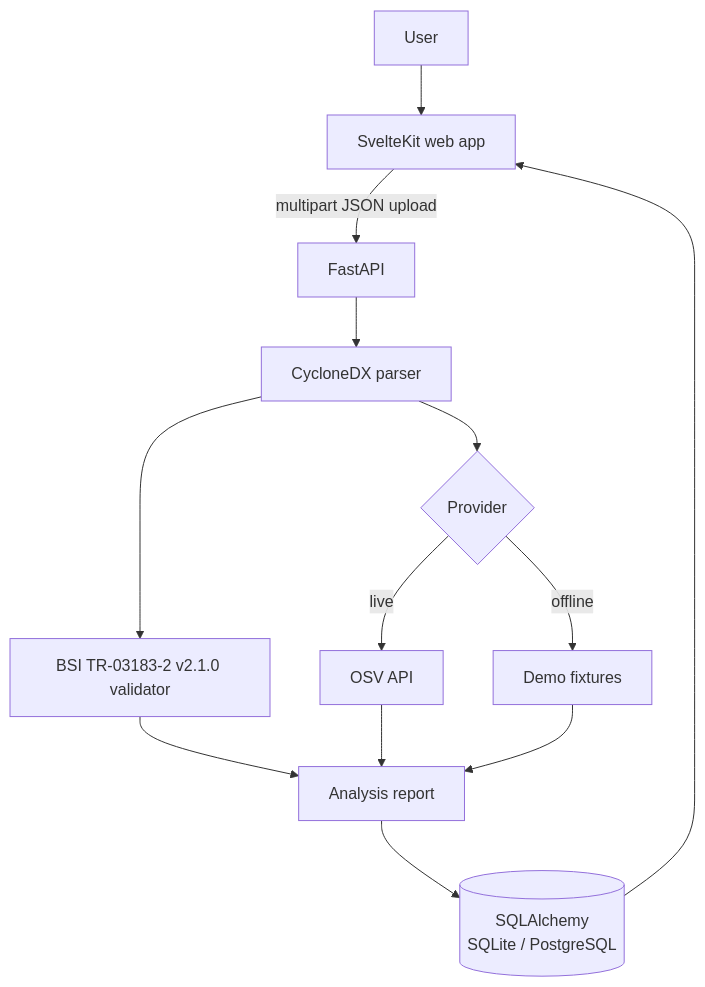
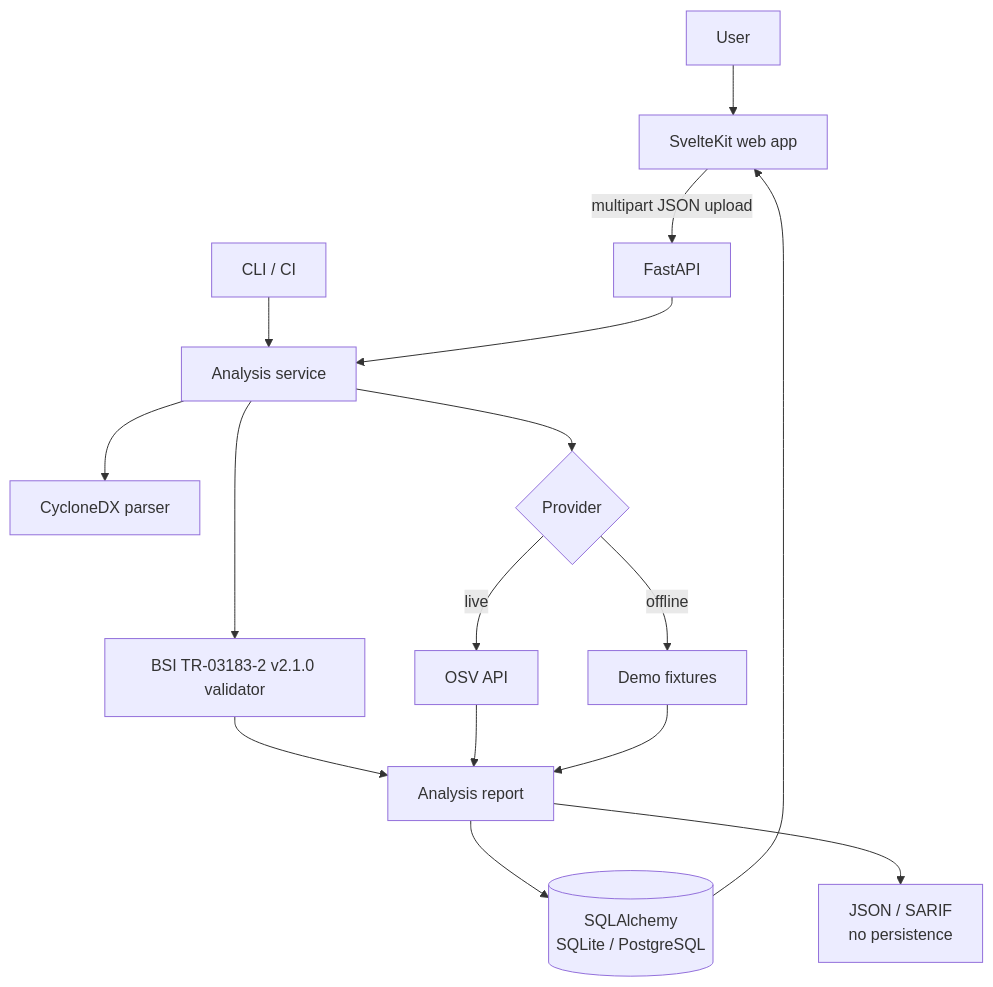
Before and after one commit to AdonisVernaliss/SupplyGuard: the diagram in docs/architecture.md, drawn with Mermaid. The commit also changed other lines of this file and 8 other files, not shown here.

````diff
--- a/docs/architecture.md
+++ b/docs/architecture.md
@@ -5,15 +5,18 @@
 ```mermaid
 flowchart TB
     User["User"] --> Web["SvelteKit web app"]
+    CI["CLI / CI"] --> Service["Analysis service"]
     Web -->|"multipart JSON upload"| API["FastAPI"]
-    API --> Parser["CycloneDX parser"]
-    Parser --> Profile["BSI TR-03183-2 v2.1.0 validator"]
-    Parser --> Provider{"Provider"}
+    API --> Service
+    Service --> Parser["CycloneDX parser"]
+    Service --> Profile["BSI TR-03183-2 v2.1.0 validator"]
+    Service --> Provider{"Provider"}
     Provider -->|"live"| OSV["OSV API"]
     Provider -->|"offline"| Fixtures["Demo fixtures"]
     Profile --> Report["Analysis report"]
     OSV --> Report
     Fixtures --> Report
     Report --> Store[("SQLAlchemy<br/>SQLite / PostgreSQL")]
+    Report --> Output["JSON / SARIF<br/>no persistence"]
     Store --> Web
 ```
````
